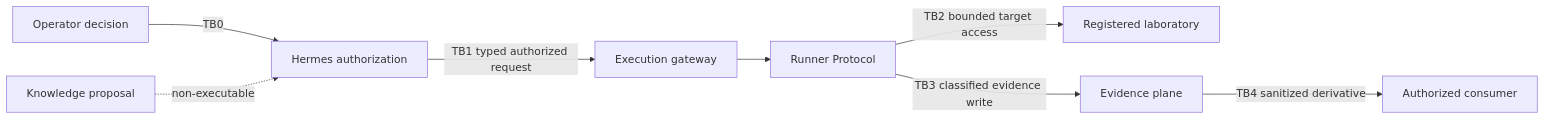
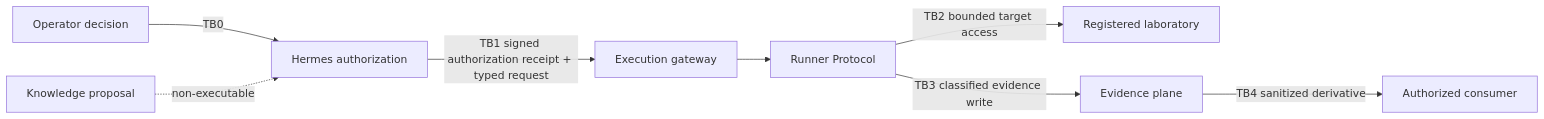
The diagram in docs/architecture/contracts/README.md (pestoura/hermes-security-labs), drawn with Mermaid before and after one commit. The commit also changed other lines of this file, not shown here.

Commit message:
docs(tb1): reconcile canonical authorization-reference contract ownership

````diff
--- a/docs/architecture/contracts/README.md
+++ b/docs/architecture/contracts/README.md
@@ -45,10 +47,10 @@
 ```mermaid
 flowchart LR
   OP[Operator decision] -->|TB0| CP[Hermes authorization]
   KN[Knowledge proposal] -. non-executable .-> CP
-  CP -->|TB1 typed authorized request| GW[Execution gateway]
+  CP -->|TB1 signed authorization receipt + typed request| GW[Execution gateway]
   GW --> RP[Runner Protocol]
   RP -->|TB2 bounded target access| LAB[Registered laboratory]
   RP -->|TB3 classified evidence write| EV[Evidence plane]
   EV -->|TB4 sanitized derivative| PUB[Authorized consumer]
 ```
````
